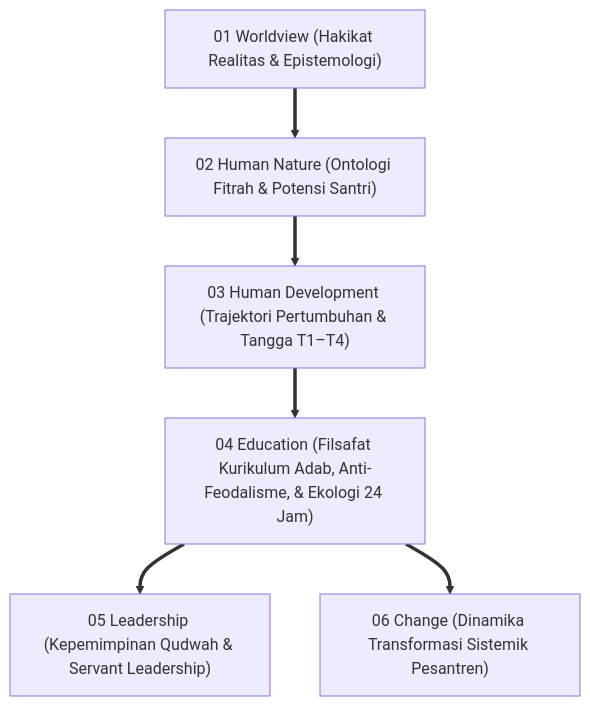
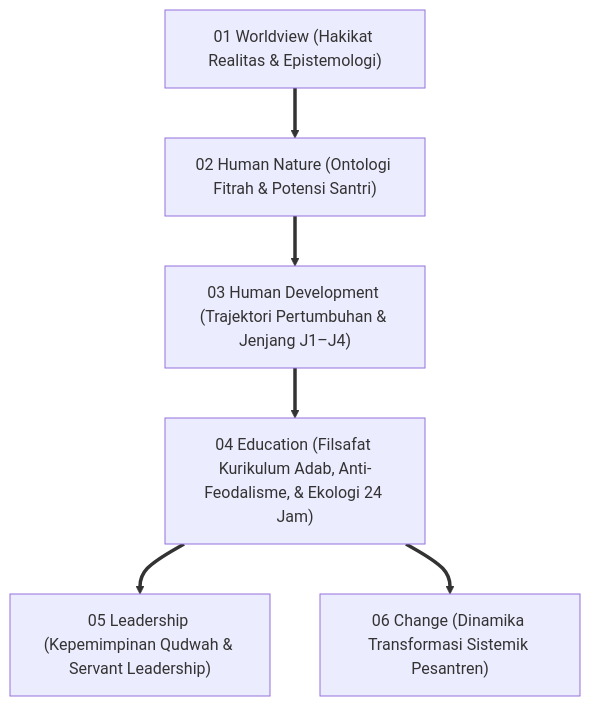
Before and after one commit to wandiapriliyandi/tumbuh: the first of 3 diagrams in 01 Philosophy/04 Education/P1-04-Education-TUMBUH.md, drawn with Mermaid. The commit also changed 209 other files, not shown here.

````diff
--- a/01 Philosophy/04 Education/P1-04-Education-TUMBUH.md
+++ b/01 Philosophy/04 Education/P1-04-Education-TUMBUH.md
@@ -50,12 +50,12 @@
 ```mermaid
 graph TD
     WV["01 Worldview (Hakikat Realitas & Epistemologi)"] 
     ==> HN["02 Human Nature (Ontologi Fitrah & Potensi Santri)"]
     
-    HN ==> HD["03 Human Development (Trajektori Pertumbuhan & Tangga T1–T4)"]
+    HN ==> HD["03 Human Development (Trajektori Pertumbuhan & Jenjang J1–J4)"]
     
     HD ==> ED["04 Education (Filsafat Kurikulum Adab, Anti-Feodalisme, & Ekologi 24 Jam)"]
     
     ED ==> LD["05 Leadership (Kepemimpinan Qudwah & Servant Leadership)"]
     ED ==> CH["06 Change (Dinamika Transformasi Sistemik Pesantren)"]
 ```
````
